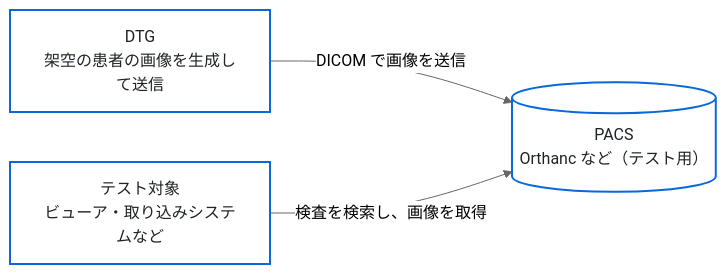
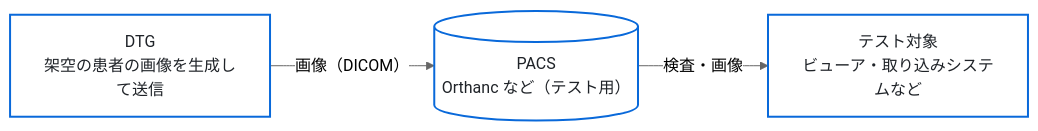
One commit to jeysunit/dicom-test-generator changed the second of 2 diagrams in docs/architecture.md. Above: the diagram before and after it, drawn with Mermaid (neutral theme). The commit also changed other lines of this file and 2 other files, not shown here.

First line of the commit message:
docs: 図の矢印をデータが流れる向きにそろえる

````diff
--- a/docs/architecture.md
+++ b/docs/architecture.md
@@ -45,11 +45,11 @@
 ```mermaid
 flowchart LR
   classDef box fill:#ffffff,stroke:#0969da,stroke-width:2px,color:#1f2328
 
   DTG["DTG<br/>架空の患者の画像を生成して送信"]:::box
   PACS[("PACS<br/>Orthanc など（テスト用）")]:::box
   TARGET["テスト対象<br/>ビューア・取り込みシステムなど"]:::box
 
-  DTG -->|"DICOM で画像を送信"| PACS
-  TARGET -->|"検査を検索し、画像を取得"| PACS
+  DTG -->|"画像（DICOM）"| PACS
+  PACS -->|"検査・画像"| TARGET
 ```
````
